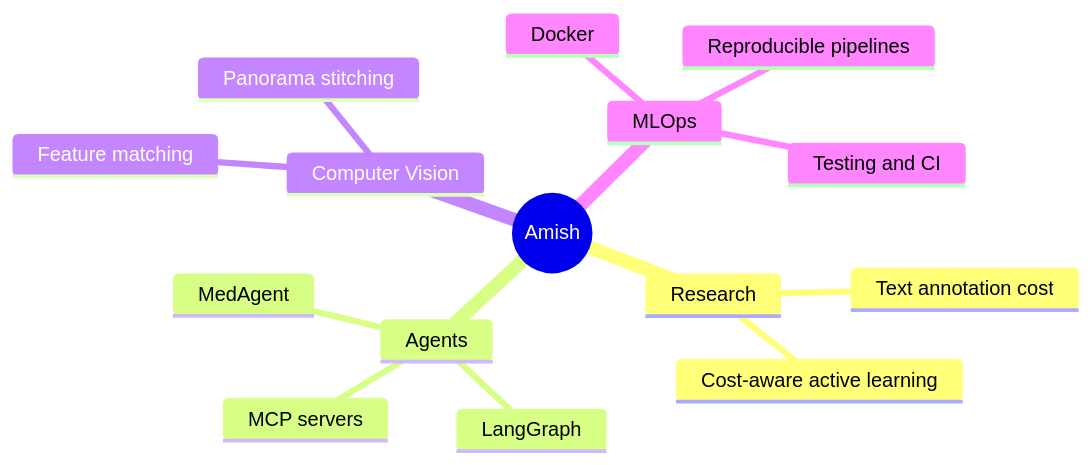
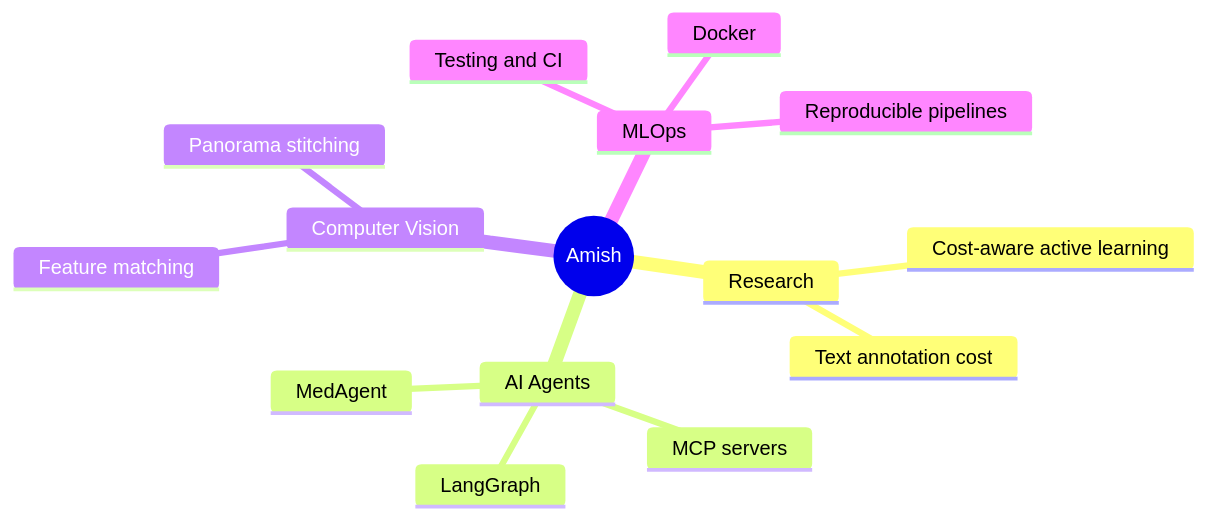
One commit to Amish23102006/Amish23102006 changed the second of 2 diagrams in README.md. Above: the diagram before and after it, drawn with Mermaid. The commit also changed other lines of this file, not shown here.

````diff
--- a/README.md
+++ b/README.md
@@ -111,18 +165,18 @@
 ```mermaid
 mindmap
   root((Amish))
     Research
       Cost-aware active learning
       Text annotation cost
-    Agents
+    AI Agents
       LangGraph
       MCP servers
       MedAgent
     Computer Vision
       Feature matching
       Panorama stitching
     MLOps
       Docker
       Reproducible pipelines
       Testing and CI
 ```
````
